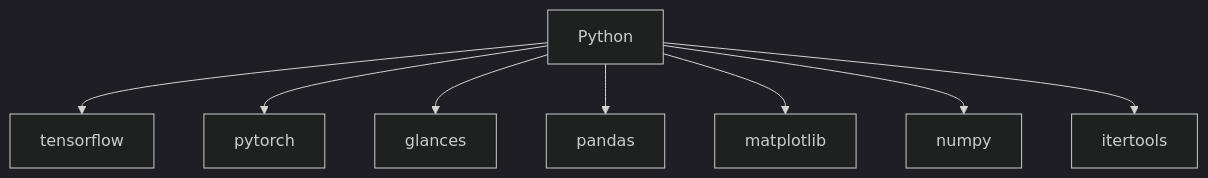
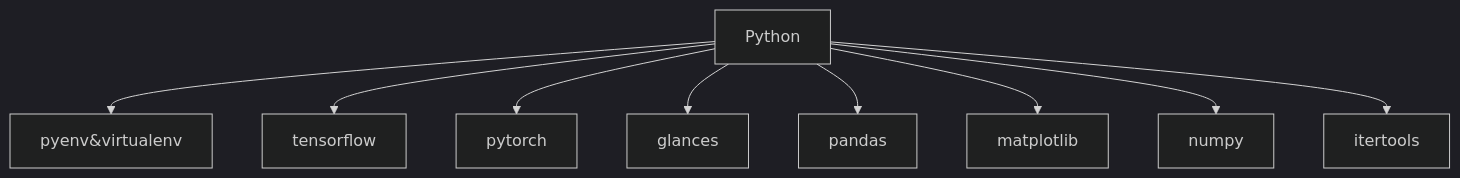
Before and after one commit to wow-yes/blog: the second of 2 diagrams in _soft/000-软件总结.md, drawn with Mermaid (dark theme). The commit also changed other lines of this file and 3 other files, not shown here.

````diff
--- a/_soft/000-软件总结.md
+++ b/_soft/000-软件总结.md
@@ -30,10 +27,11 @@
 ```mermaid
 graph TD
+    Python --> pyenv&virtualenv
     Python --> tensorflow
     Python --> pytorch
     Python --> glances
     Python --> pandas
     Python --> matplotlib
     Python --> numpy
     Python --> itertools
 ```
````
